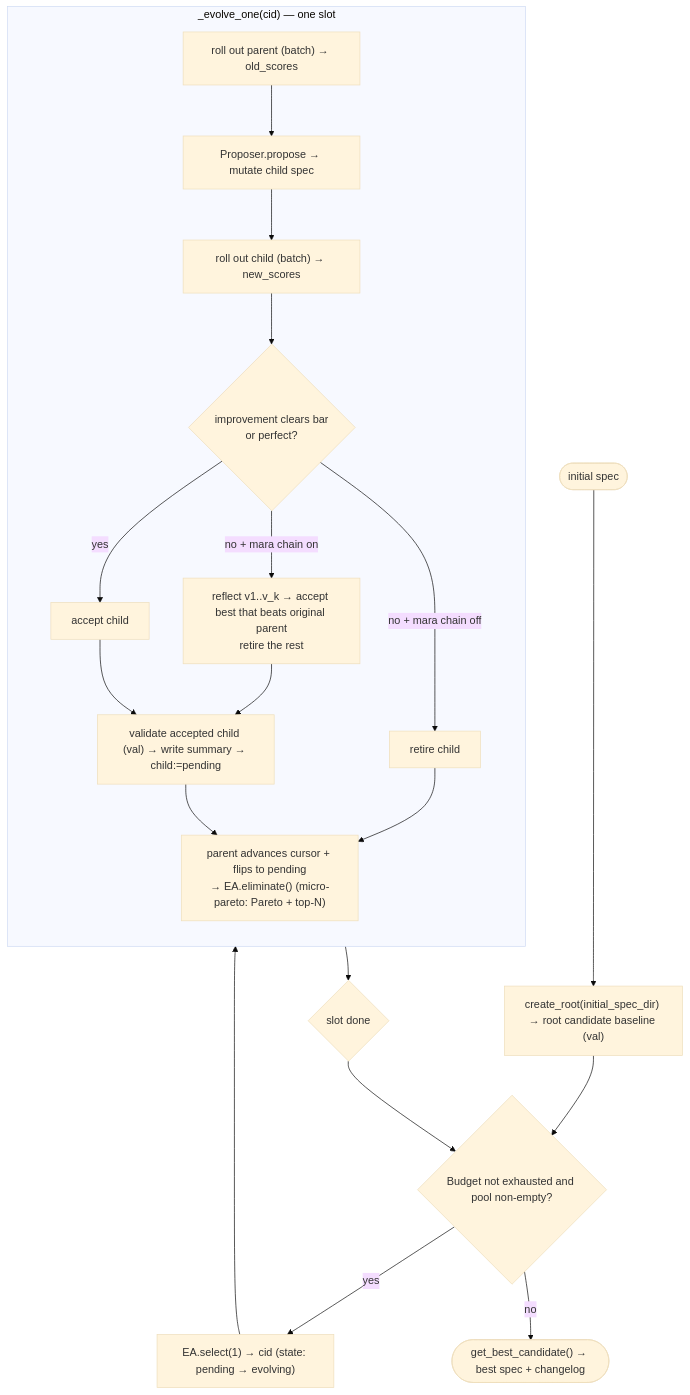
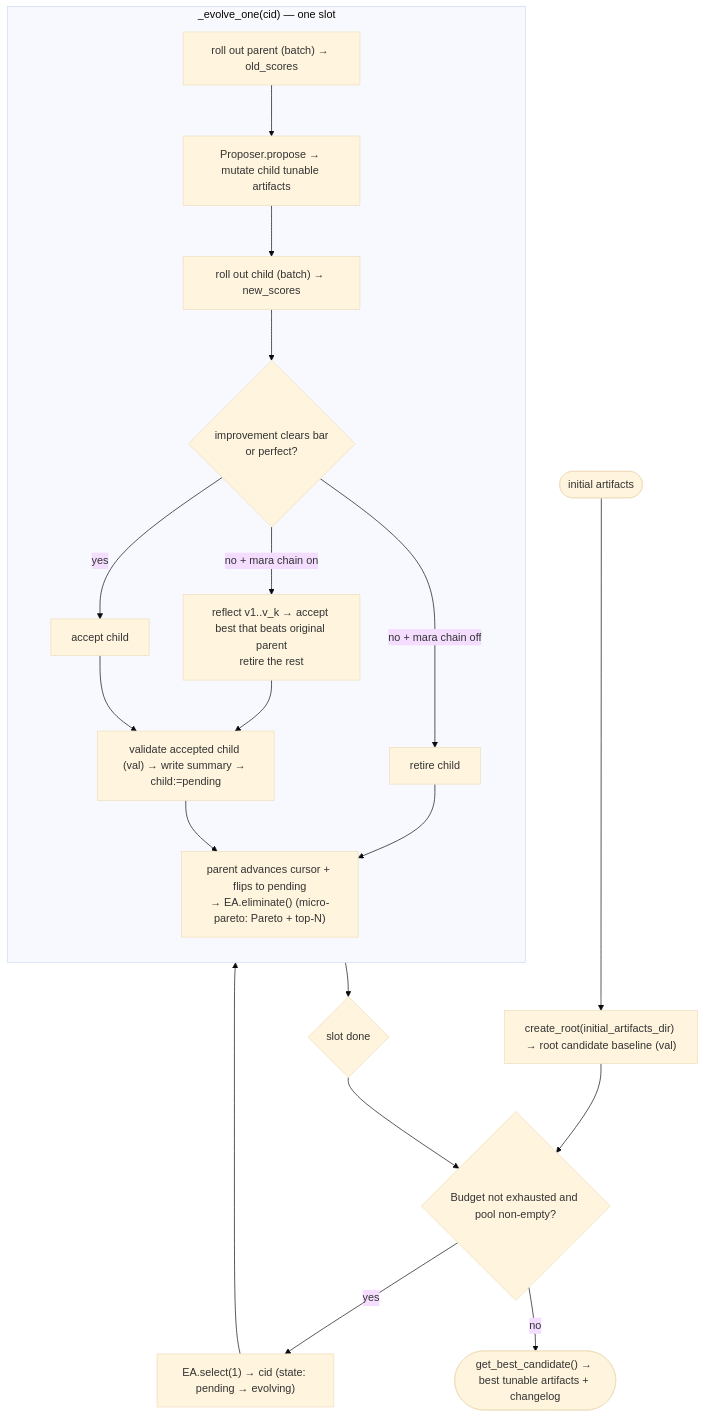
The first of 2 diagrams in docs/system-design.md (ant-research/AntOmniEvo), drawn with Mermaid (base theme) before and after one commit. The commit also changed other lines of this file and 87 other files, not shown here.

Commit message:
Rename: editable spec -> tunable artifacts

````diff
--- a/docs/system-design.md
+++ b/docs/system-design.md
@@ -16,25 +16,25 @@
 ```mermaid
 flowchart TD
-    Start([initial spec]) --> Root["create_root(initial_spec_dir) → root candidate baseline (val)"]
+    Start([initial artifacts]) --> Root["create_root(initial_artifacts_dir) → root candidate baseline (val)"]
     Root --> Loop{Budget not exhausted and pool non-empty?}
     Loop -- yes --> Select["EA.select(1) → cid (state: pending → evolving)"]
     Select --> B1
     Pareto --> EndLoop{slot done}
     EndLoop --> Loop
 
     subgraph Evolve ["_evolve_one(cid) — one slot"]
         direction TB
-        B1["roll out parent (batch) → old_scores"] --> B2["Proposer.propose → mutate child spec"]
+        B1["roll out parent (batch) → old_scores"] --> B2["Proposer.propose → mutate child tunable artifacts"]
         B2 --> B3["roll out child (batch) → new_scores"]
         B3 --> Chk{"improvement clears bar<br/>or perfect?"}
         Chk -- yes --> Acc["accept child"]
         Chk -- "no + mara chain on" --> Reflect["reflect v1..v_k → accept best that beats original parent<br/>retire the rest"]
         Chk -- "no + mara chain off" --> Rej["retire child"]
         Acc --> Val["validate accepted child (val) → write summary → child:=pending"]
         Reflect --> Val
         Val --> Pareto["parent advances cursor + flips to pending<br/>→ EA.eliminate() (micro-pareto: Pareto + top-N)"]
         Rej --> Pareto
     end
 
-    Loop -- no --> Best(["get_best_candidate() → best spec + changelog"])
+    Loop -- no --> Best(["get_best_candidate() → best tunable artifacts + changelog"])
 ```
````
